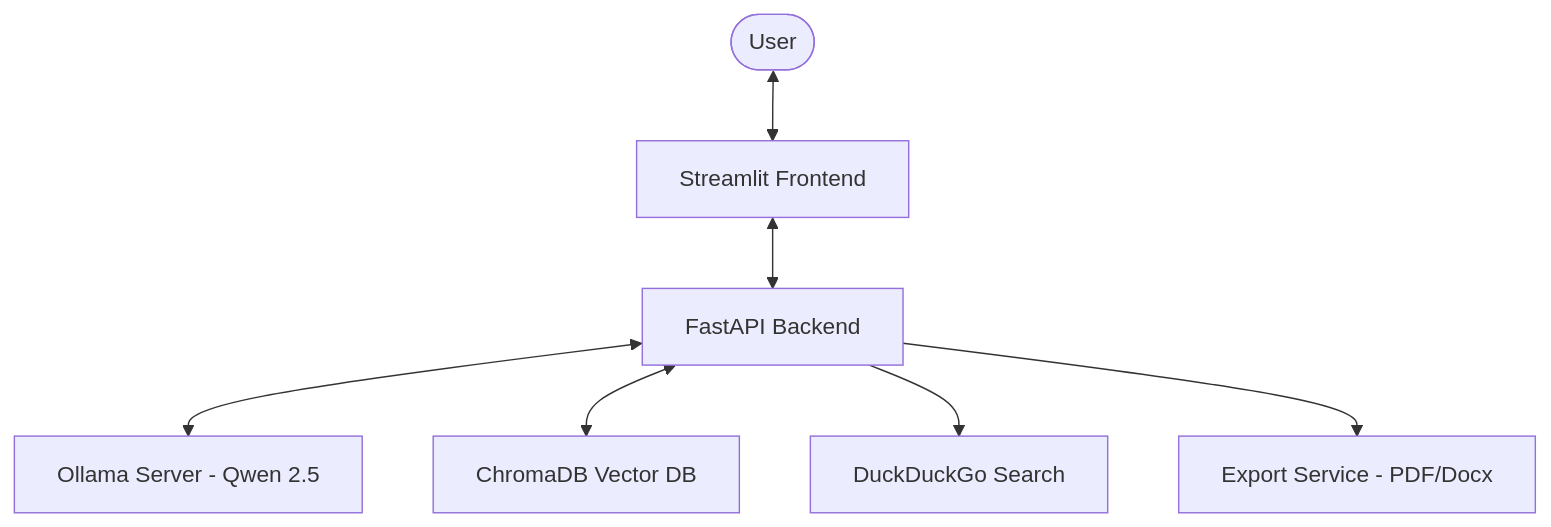
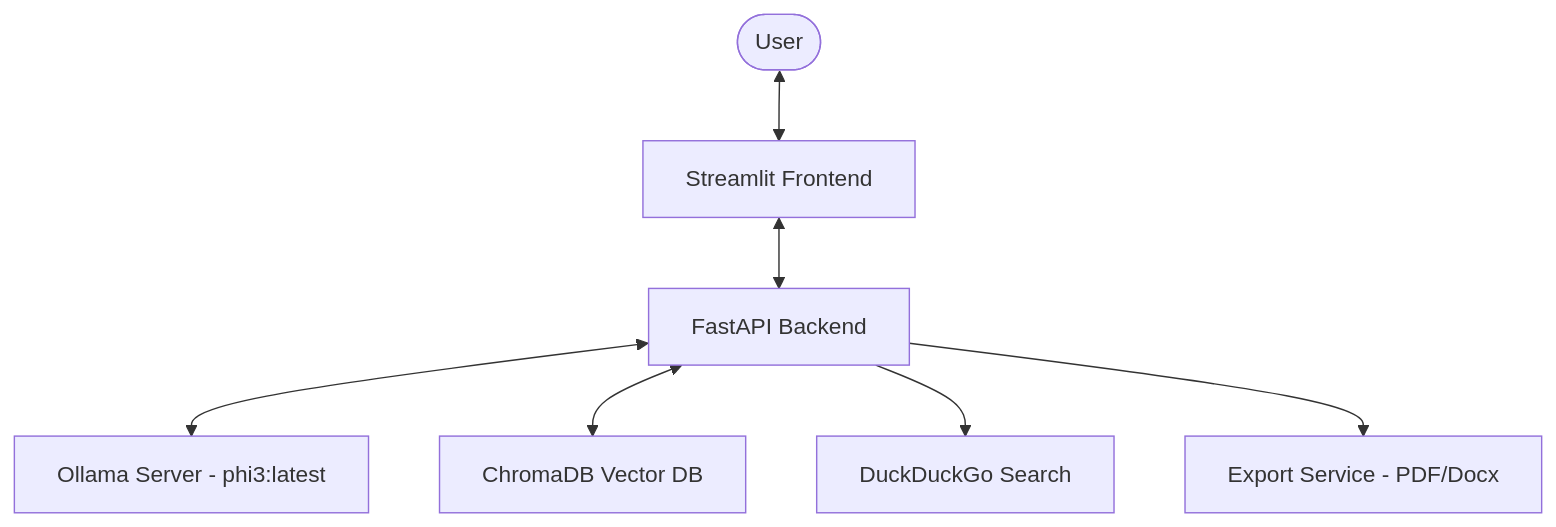
Before and after one commit to Gairola-Shubham/multi-agent-research-writer: the first of 3 diagrams in docs/architecture.md, drawn with Mermaid. The commit also changed 21 other files, not shown here.

````diff
--- a/docs/architecture.md
+++ b/docs/architecture.md
@@ -11,9 +11,9 @@
 ```mermaid
 graph TD
     User([User]) <--> Frontend[Streamlit Frontend]
     Frontend <--> Backend[FastAPI Backend]
-    Backend <--> Ollama[Ollama Server - Qwen 2.5]
+    Backend <--> Ollama[Ollama Server - phi3:latest]
     Backend <--> Chroma[ChromaDB Vector DB]
     Backend --> Search[DuckDuckGo Search]
     Backend --> Export[Export Service - PDF/Docx]
 ```
````
